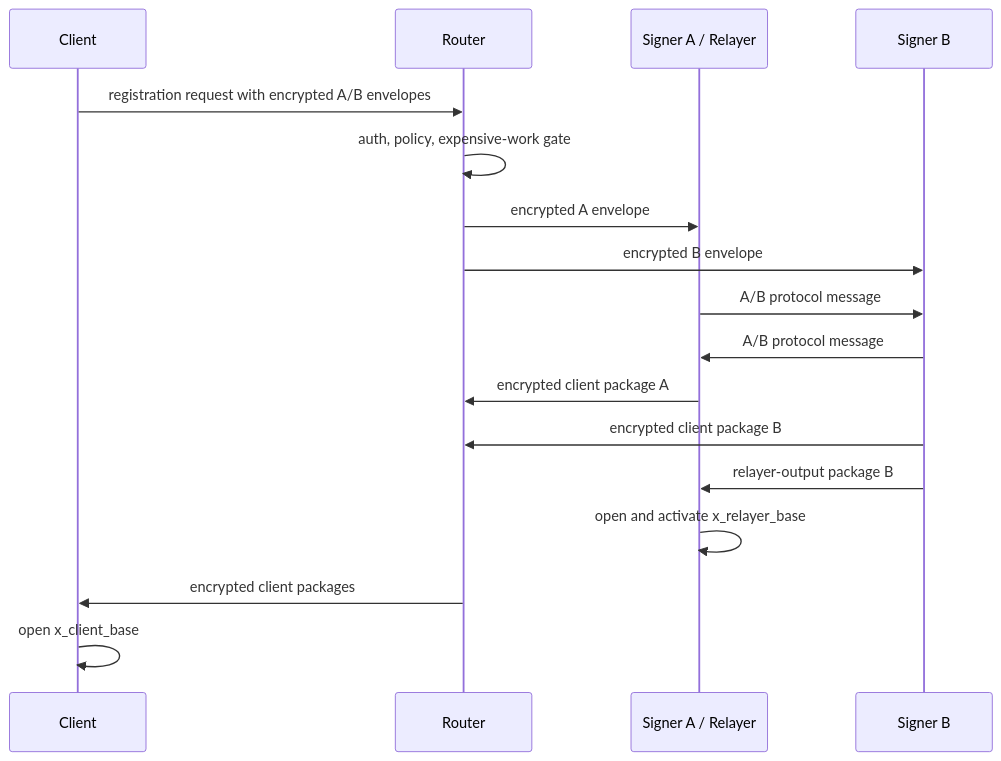
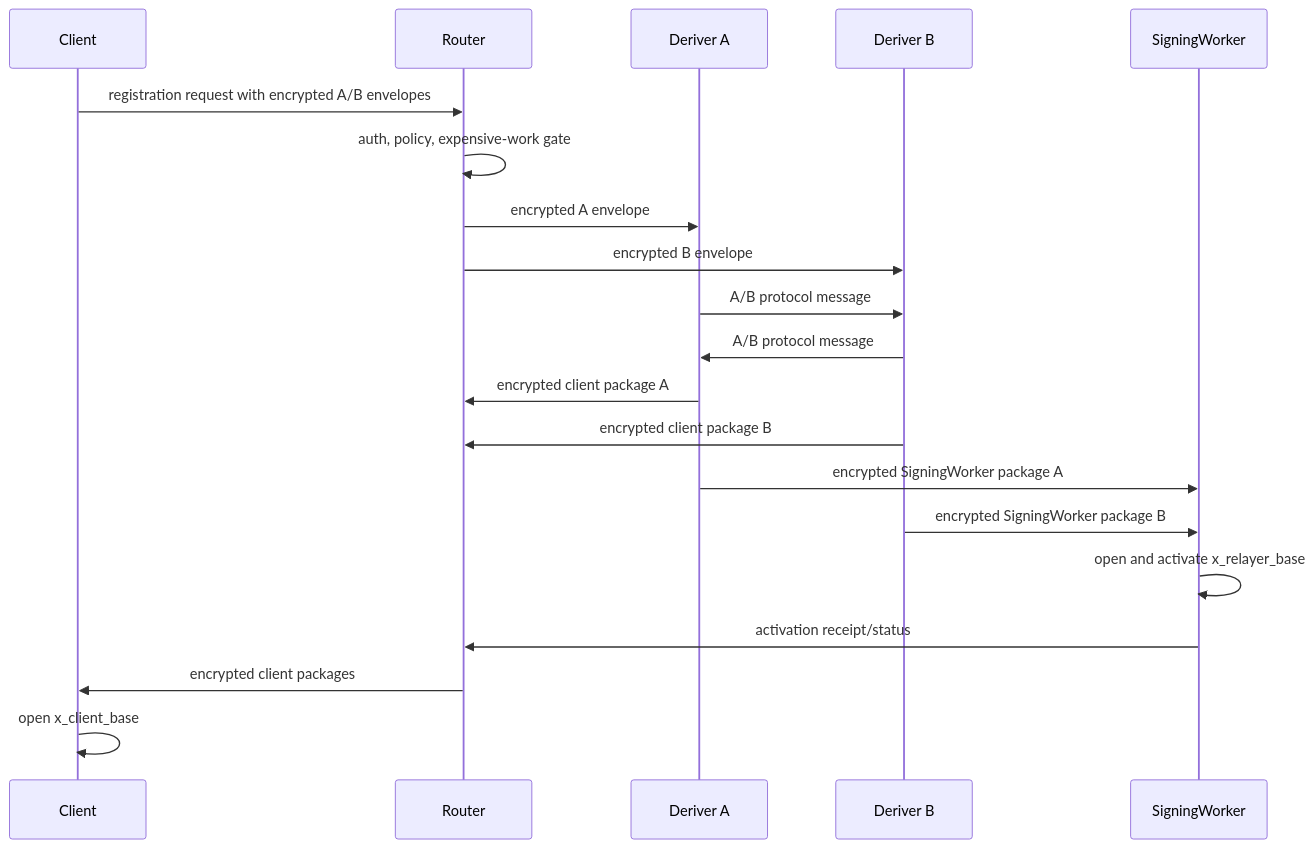
Before and after one commit to seams-tech/seams-sdk: the first of 3 diagrams in docs/router-A-B-signer-SPEC.md, drawn with Mermaid. The commit also changed other lines of this file and 6 other files, not shown here.

````diff
--- a/docs/router-A-B-signer-SPEC.md
+++ b/docs/router-A-B-signer-SPEC.md
@@ -1248,20 +1302,23 @@
 ```mermaid
 sequenceDiagram
   participant C as Client
   participant R as Router
-  participant A as Signer A / Relayer
-  participant B as Signer B
+  participant A as Deriver A
+  participant B as Deriver B
+  participant SW as SigningWorker
 
   C->>R: registration request with encrypted A/B envelopes
   R->>R: auth, policy, expensive-work gate
   R->>A: encrypted A envelope
   R->>B: encrypted B envelope
   A->>B: A/B protocol message
   B->>A: A/B protocol message
   A->>R: encrypted client package A
   B->>R: encrypted client package B
-  B->>A: relayer-output package B
-  A->>A: open and activate x_relayer_base
+  A->>SW: encrypted SigningWorker package A
+  B->>SW: encrypted SigningWorker package B
+  SW->>SW: open and activate x_relayer_base
+  SW->>R: activation receipt/status
   R->>C: encrypted client packages
   C->>C: open x_client_base
 ```
````
